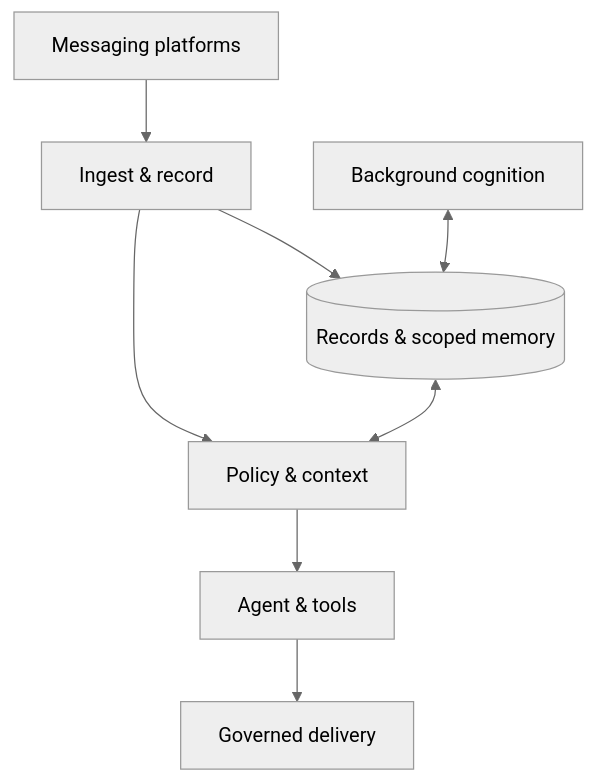
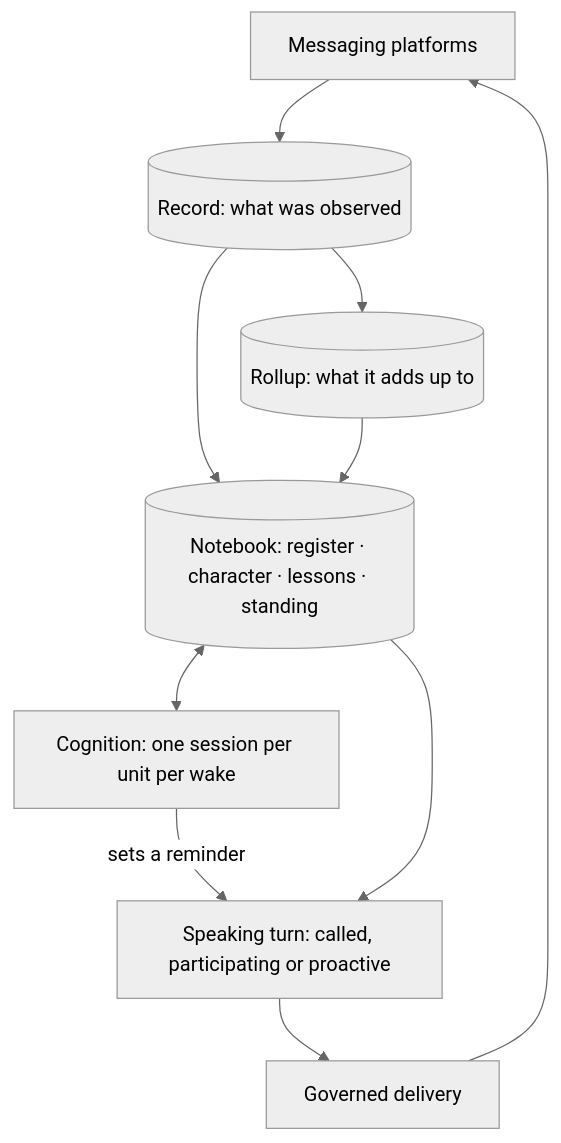
One commit to mikeng-io/nora changed the diagram in README.md. Above: the diagram before and after it, drawn with Mermaid (neutral theme). The commit also changed other lines of this file and 1 other file, not shown here.

````diff
--- a/README.md
+++ b/README.md
@@ -69,13 +117,15 @@
 ```mermaid
 flowchart TD
     accTitle: Nora runtime overview
-    accDescr: Messaging events are recorded, checked against policy and assembled into context for the agent. Delivery is governed. Background cognition maintains scoped state shared with context assembly.
+    accDescr: Messaging events are written to the record. Rollup and the notebook build on it. A cognition session per unit reads and writes the notebook and acts only by setting reminders. Speaking turns assemble context from the notebook, and delivery is governed by room policy.
 
-    Messages["Messaging platforms"] --> Ingest["Ingest & record"]
-    Ingest --> Context["Policy & context"]
-    Context --> Agent["Agent & tools"]
-    Agent --> Delivery["Governed delivery"]
-    Ingest --> State[("Records & scoped memory")]
-    State <--> Context
-    Cognition["Background cognition"] <--> State
+    Messages["Messaging platforms"] --> Record[("Record: what was observed")]
+    Record --> Rollup[("Rollup: what it adds up to")]
+    Record --> Notebook
+    Rollup --> Notebook[("Notebook: register · character · lessons · standing")]
+    Notebook <--> Cognition["Cognition: one session per unit per wake"]
+    Cognition -->|"sets a reminder"| Turn
+    Notebook --> Turn["Speaking turn: called, participating or proactive"]
+    Turn --> Delivery["Governed delivery"]
+    Delivery --> Messages
 ```
````
